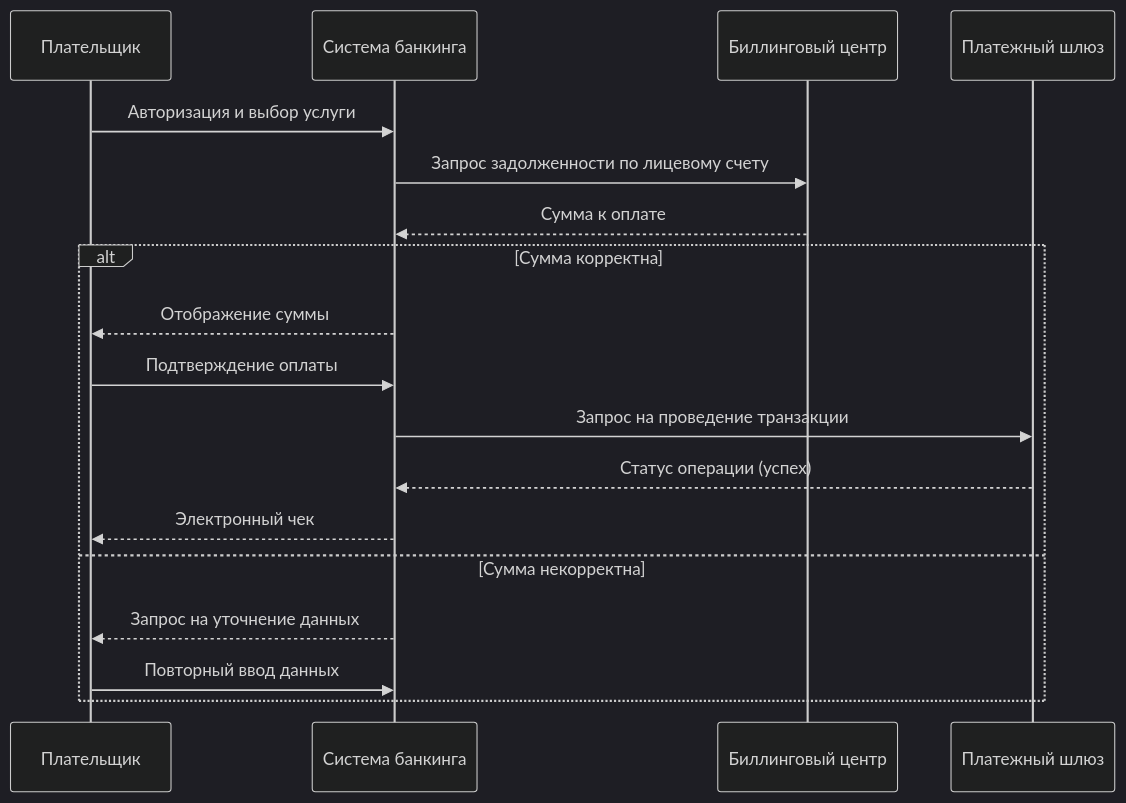
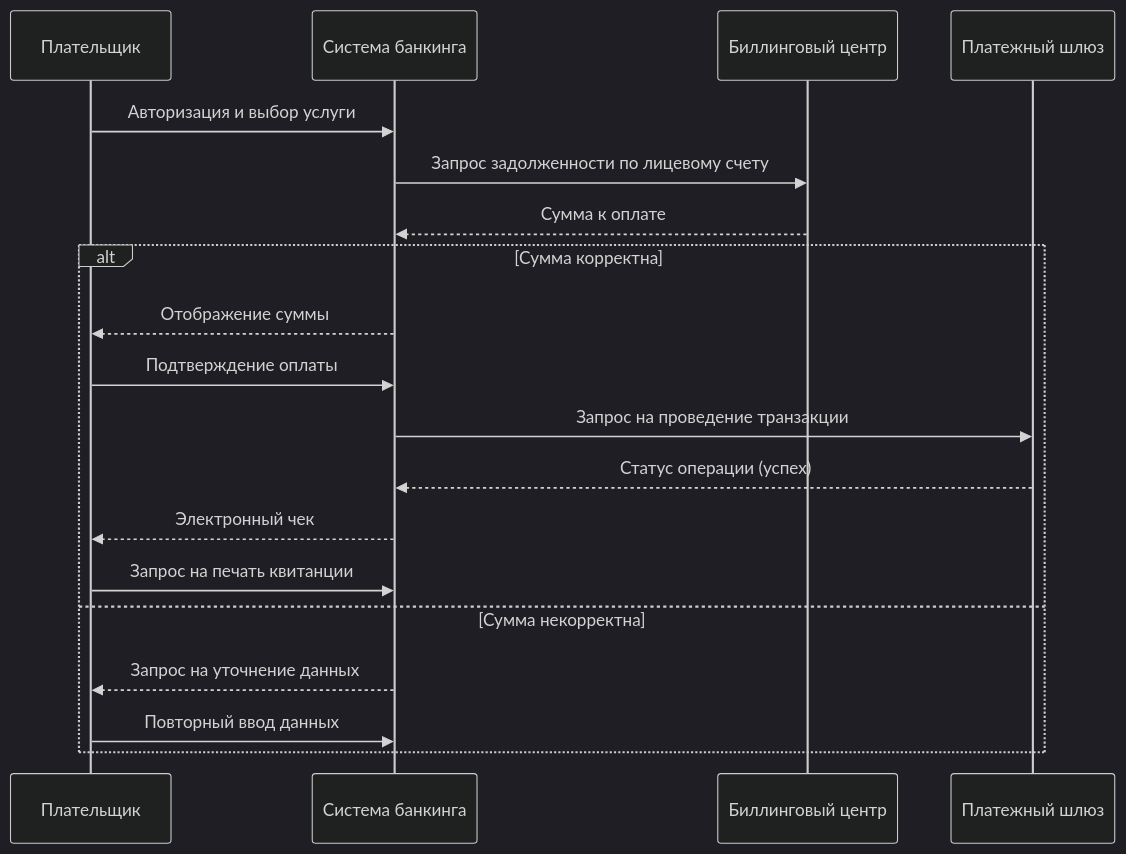
One commit to akulchikVS/visual-programming-labs-akulchik changed the diagram in lab1/docs/sequence.md. Above: the diagram before and after it, drawn with Mermaid (dark theme).

Commit message:
final apdate

````diff
--- a/lab1/docs/sequence.md
+++ b/lab1/docs/sequence.md
@@ -3,22 +3,23 @@
 ```mermaid
 sequenceDiagram
     participant P as Плательщик
     participant S as Система банкинга
     participant B as Биллинговый центр
     participant G as Платежный шлюз
 
     P->>S: Авторизация и выбор услуги
     S->>B: Запрос задолженности по лицевому счету
     B-->>S: Сумма к оплате
     
     alt Сумма корректна
         S-->>P: Отображение суммы
         P->>S: Подтверждение оплаты
         S->>G: Запрос на проведение транзакции
         G-->>S: Статус операции (успех)
         S-->>P: Электронный чек
+        P->>S: Запрос на печать квитанции
     else Сумма некорректна
         S-->>P: Запрос на уточнение данных
         P->>S: Повторный ввод данных
     end
 ```
````
